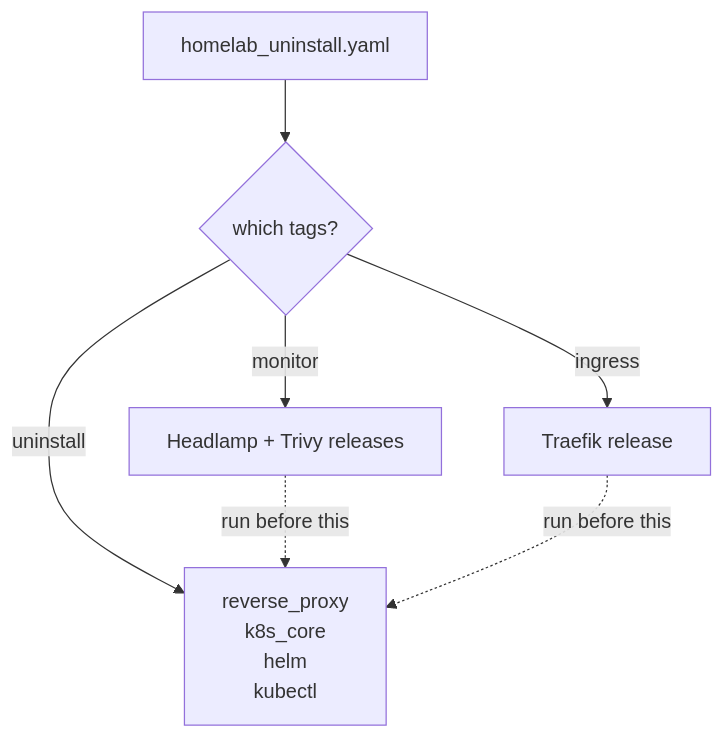
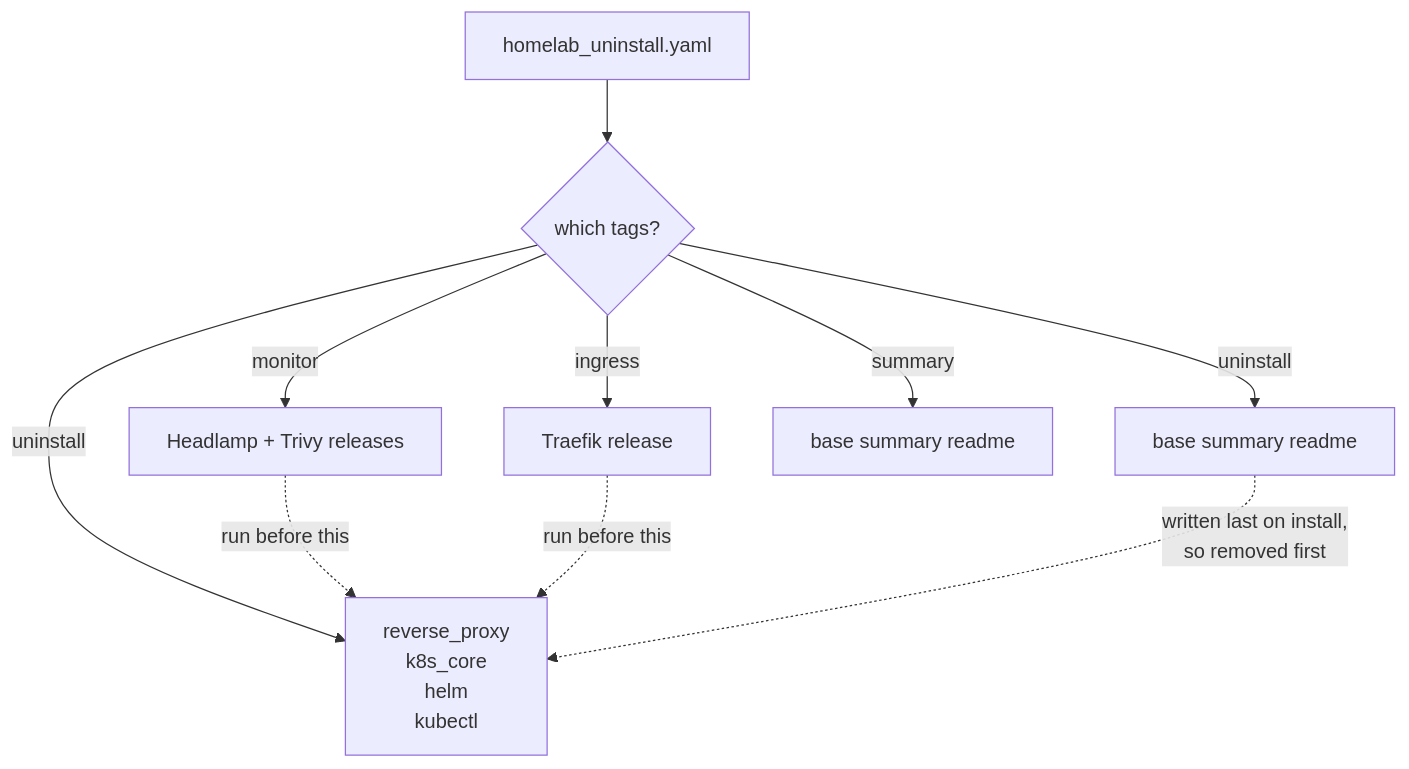
The second of 6 diagrams in docs/architecture.md (this-oliver/homelab), drawn with Mermaid before and after one commit. The commit also changed other lines of this file and 10 other files, not shown here.

````diff
--- a/docs/architecture.md
+++ b/docs/architecture.md
@@ -70,9 +77,12 @@
 ```mermaid
 flowchart TD
     Run["homelab_uninstall.yaml"] --> Sel{which tags?}
+    Sel -- "uninstall" --> D0[base summary readme]
     Sel -- "uninstall" --> D1[reverse_proxy<br/>k8s_core<br/>helm<br/>kubectl]
     Sel -- monitor --> D2[Headlamp + Trivy releases]
     Sel -- ingress --> D3[Traefik release]
+    Sel -- summary --> D4[base summary readme]
     D2 -.->|run before this| D1
     D3 -.->|run before this| D1
+    D0 -.->|written last on install,<br/>so removed first| D1
 ```
````
